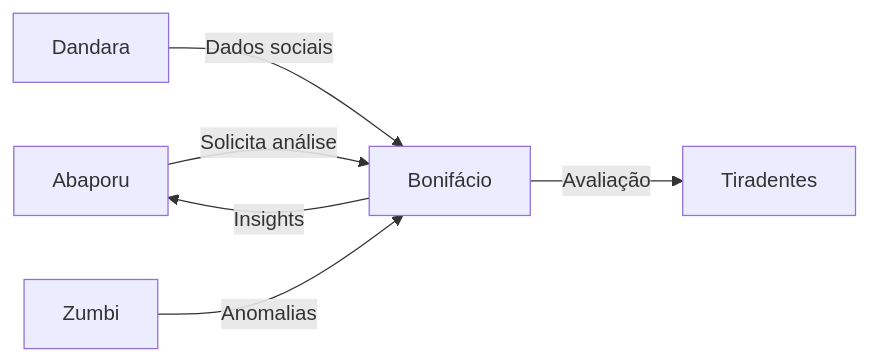
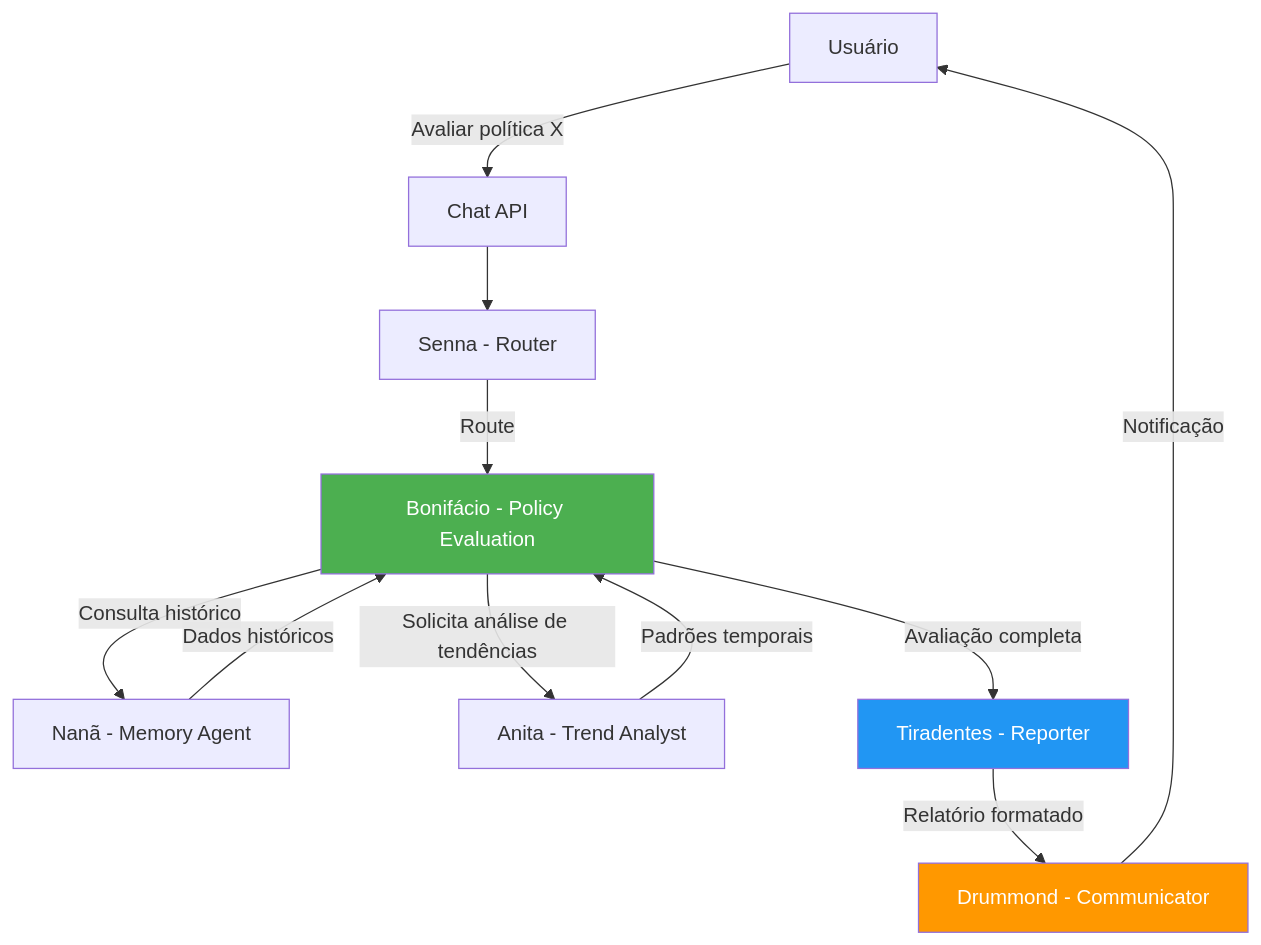
One commit to anderson-ufrj/cidadao.ai-technical-docs changed the diagram in docs/agents/bonifacio.md. Above: the diagram before and after it, drawn with Mermaid. The commit also changed other lines of this file, not shown here.

````diff
--- a/docs/agents/bonifacio.md
+++ b/docs/agents/bonifacio.md
@@ -213,8 +904,20 @@
 ```mermaid
-graph LR
-    A[Abaporu] -->|Solicita análise| B[Bonifácio]
-    D[Dandara] -->|Dados sociais| B
-    Z[Zumbi] -->|Anomalias| B
-    B -->|Avaliação| T[Tiradentes]
-    B -->|Insights| A
+graph TD
+    U[Usuário] -->|"Avaliar política X"| C[Chat API]
+    C --> S[Senna - Router]
+    S -->|Route| B[Bonifácio - Policy Evaluation]
+
+    B -->|Consulta histórico| N[Nanã - Memory Agent]
+    B -->|Solicita análise de tendências| A[Anita - Trend Analyst]
+
+    N -->|Dados históricos| B
+    A -->|Padrões temporais| B
+
+    B -->|Avaliação completa| T[Tiradentes - Reporter]
+    T -->|Relatório formatado| D[Drummond - Communicator]
+    D -->|Notificação| U
+
+    style B fill:#4CAF50,color:#fff
+    style T fill:#2196F3,color:#fff
+    style D fill:#FF9800,color:#fff
 ```
````
